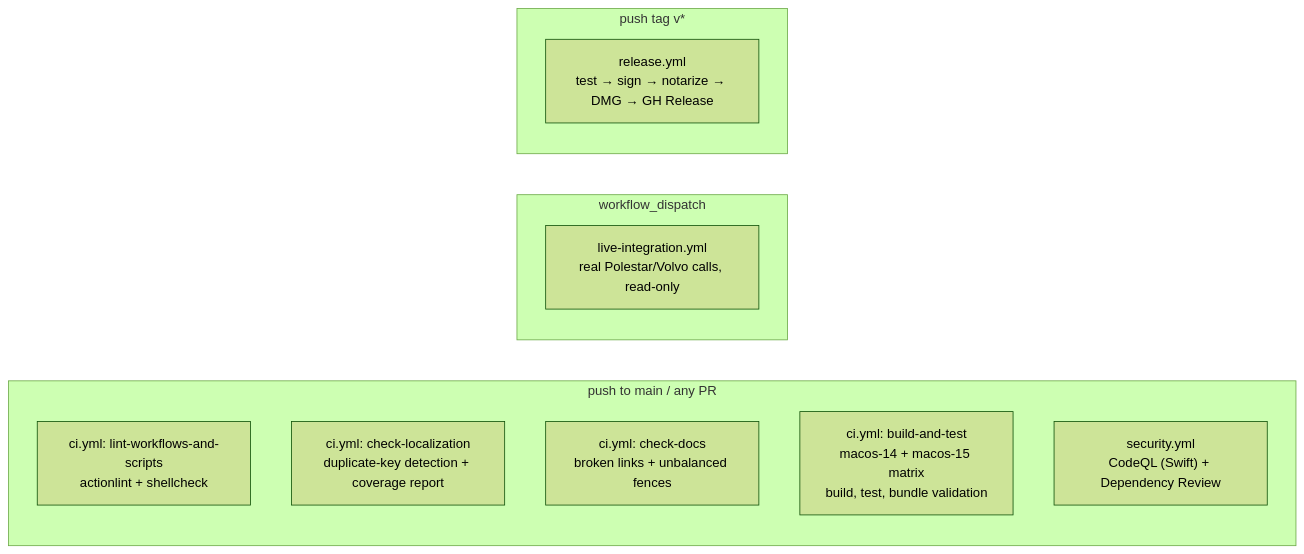
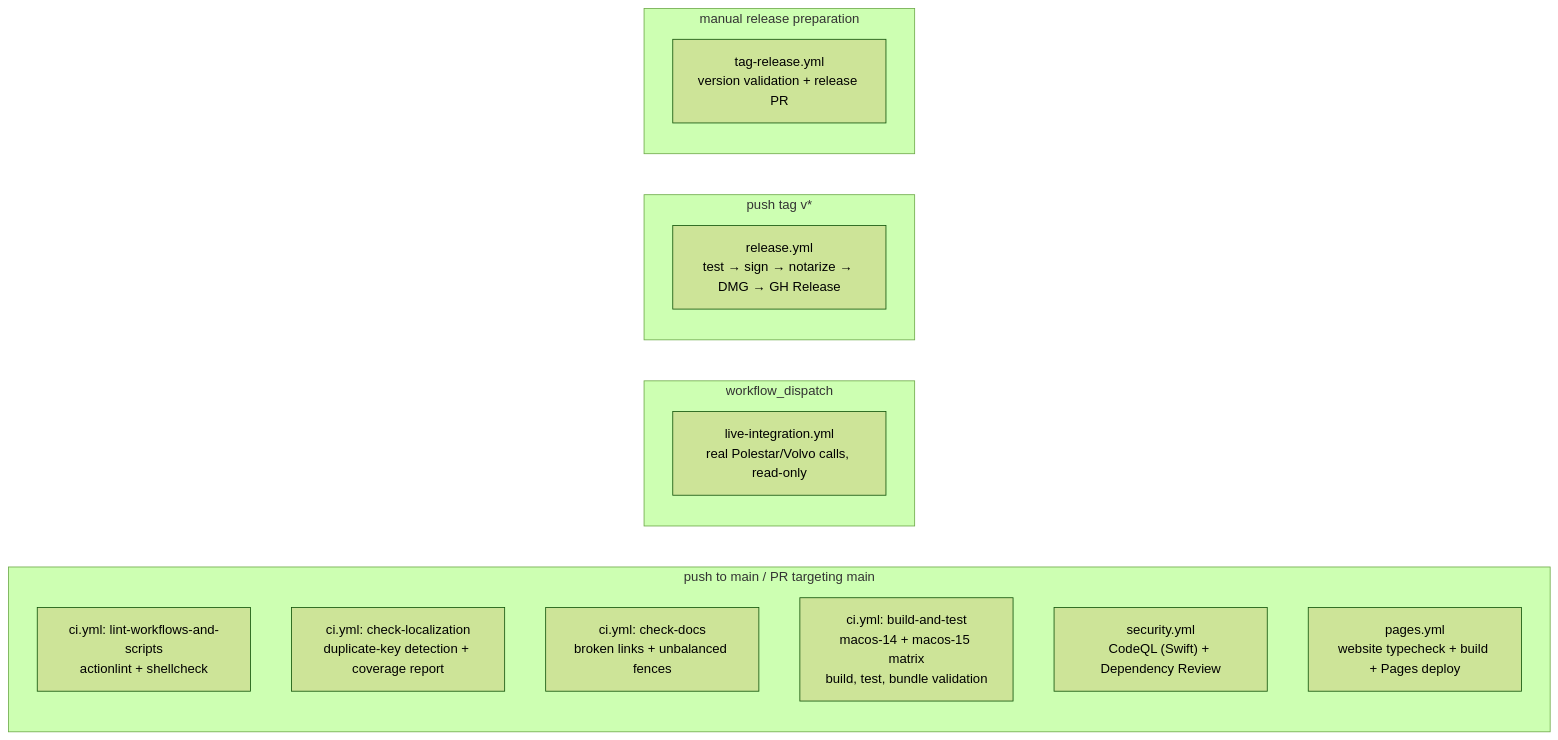
The diagram in docs/operations/ci.md (NicolasKheirallah/Hisingen), drawn with Mermaid (forest theme) before and after one commit. The commit also changed other lines of this file and 94 other files, not shown here.

````diff
--- a/docs/operations/ci.md
+++ b/docs/operations/ci.md
@@ -11,16 +12,20 @@
 ```mermaid
 flowchart LR
-    subgraph Push["push to main / any PR"]
+    subgraph Push["push to main / PR targeting main"]
         Lint["ci.yml: lint-workflows-and-scripts<br/>actionlint + shellcheck"]
         L10n["ci.yml: check-localization<br/>duplicate-key detection + coverage report"]
         Docs["ci.yml: check-docs<br/>broken links + unbalanced fences"]
         CI["ci.yml: build-and-test<br/>macos-14 + macos-15 matrix<br/>build, test, bundle validation"]
         Sec["security.yml<br/>CodeQL (Swift) + Dependency Review"]
+        Pages["pages.yml<br/>website typecheck + build + Pages deploy"]
     end
     subgraph Manual["workflow_dispatch"]
         Live["live-integration.yml<br/>real Polestar/Volvo calls, read-only"]
     end
     subgraph Tag["push tag v*"]
         Release["release.yml<br/>test → sign → notarize → DMG → GH Release"]
     end
+    subgraph Prepare["manual release preparation"]
+        TagPR["tag-release.yml<br/>version validation + release PR"]
+    end
 ```
````
